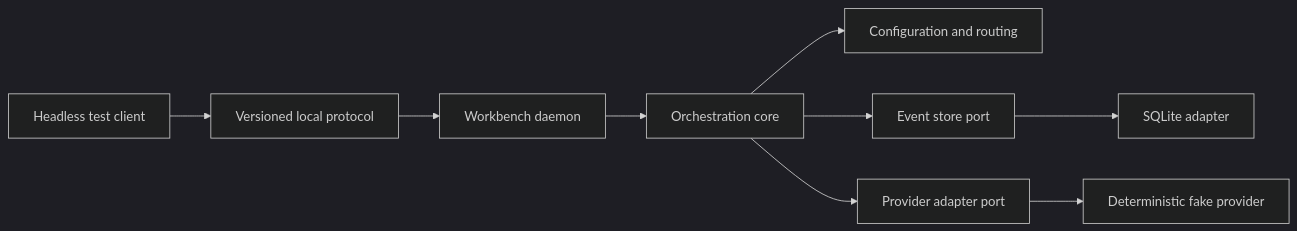
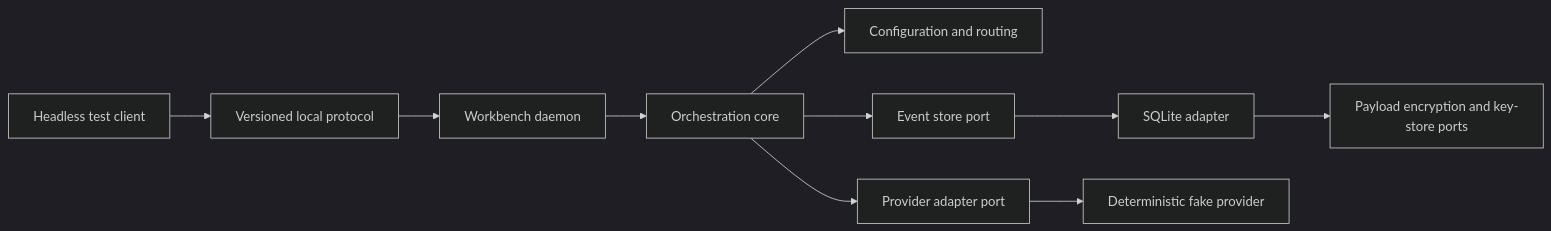
Before and after one commit to RenatoTadeuFigueiredo/multi-agent-development-workbench: the diagram in doc/arch/sdd/001-build-the-workbench-orchestration-kernel-foundation-as-a/plan.md, drawn with Mermaid (dark theme). The commit also changed other lines of this file and 26 other files, not shown here.

First line of the commit message:
docs(architecture): close kernel foundation decisions

````diff
--- a/doc/arch/sdd/001-build-the-workbench-orchestration-kernel-foundation-as-a/plan.md
+++ b/doc/arch/sdd/001-build-the-workbench-orchestration-kernel-foundation-as-a/plan.md
@@ -19,11 +20,12 @@
 ```mermaid
 flowchart LR
     C[Headless test client] --> P[Versioned local protocol]
     P --> D[Workbench daemon]
     D --> K[Orchestration core]
     K --> R[Configuration and routing]
     K --> E[Event store port]
     K --> A[Provider adapter port]
     E --> S[SQLite adapter]
+    S --> X[Payload encryption and key-store ports]
     A --> F[Deterministic fake provider]
 ```
````
